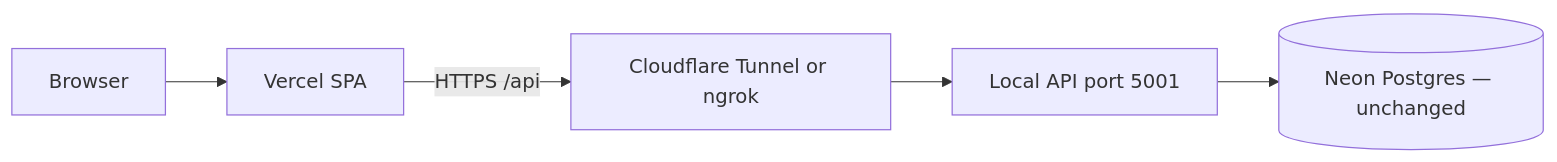
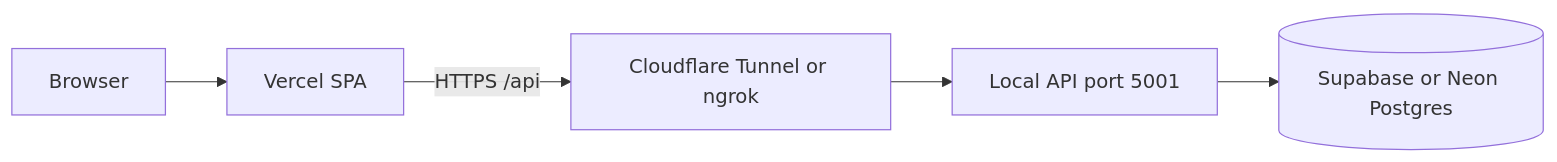
One commit to calvinhosea015/web-based-attendance changed the third of 3 diagrams in README.md. Above: the diagram before and after it, drawn with Mermaid. The commit also changed other lines of this file and 16 other files, not shown here.

````diff
--- a/README.md
+++ b/README.md
@@ -472,7 +451,7 @@
 ```mermaid
 flowchart LR
   User[Browser] --> Vercel[Vercel SPA]
   Vercel -->|HTTPS /api| Tunnel[Cloudflare Tunnel or ngrok]
   Tunnel --> Local[Local API port 5001]
-  Local --> Neon[(Neon Postgres — unchanged)]
+  Local --> DB[(Supabase or Neon Postgres)]
 ```
````
